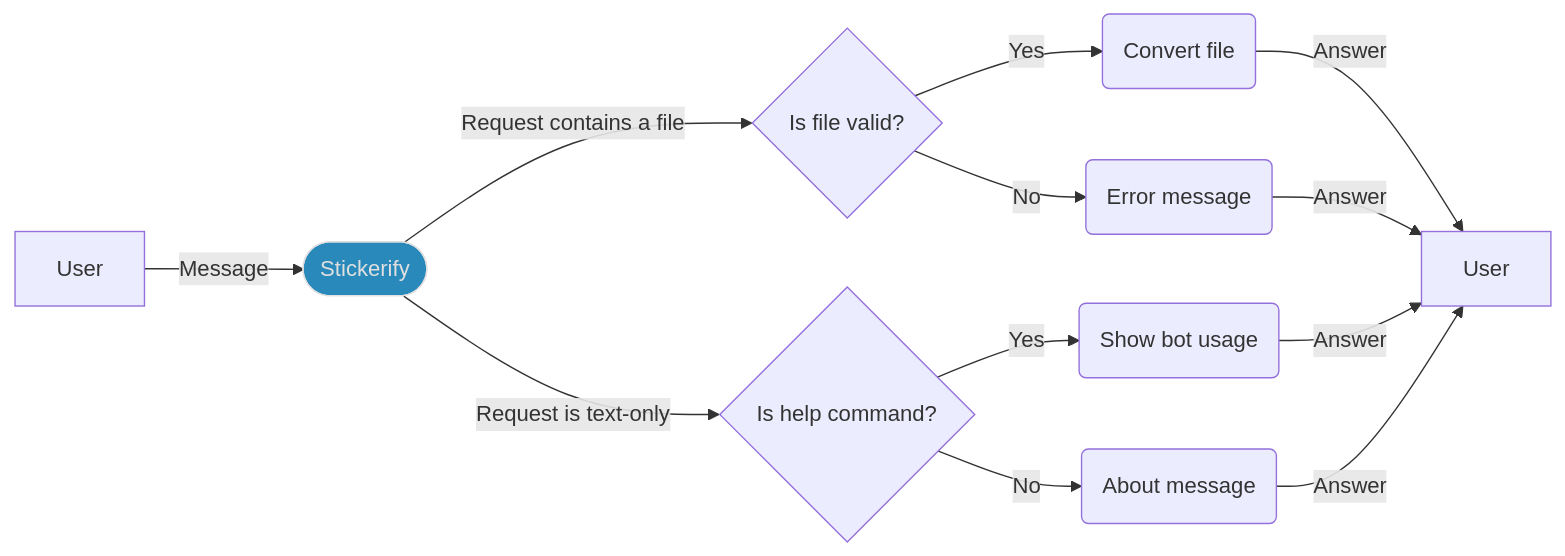
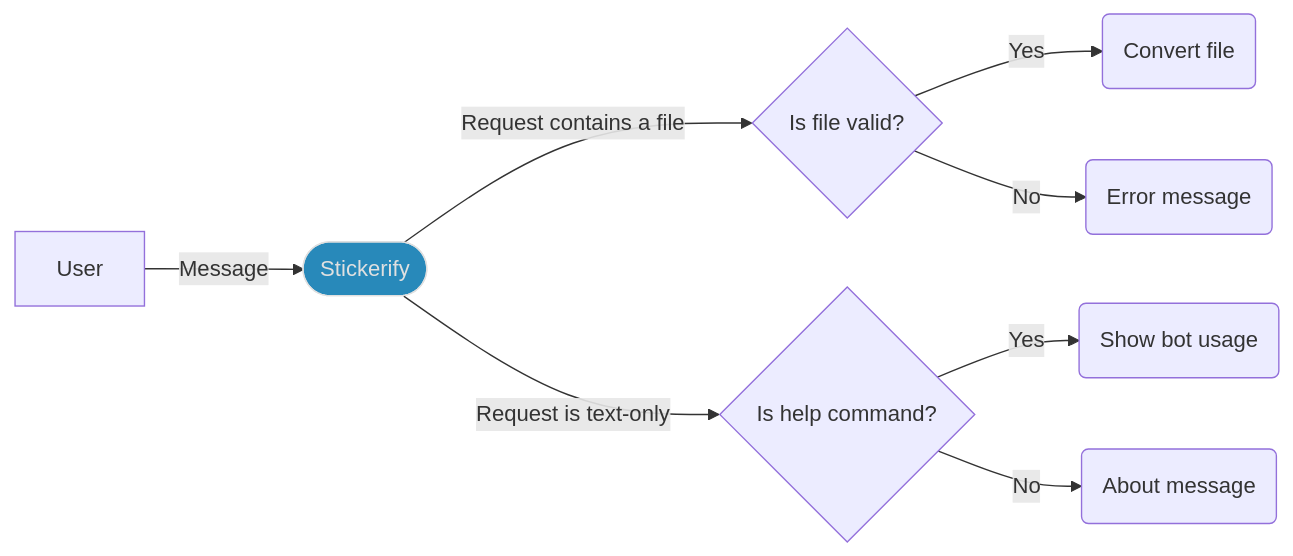
The diagram in README.md (Stickerifier/Stickerify), drawn with Mermaid before and after one commit.

Commit message:
removed final step from flowchart

````diff
--- a/README.md
+++ b/README.md
@@ -27,12 +27,12 @@
 ```mermaid
     flowchart LR
         A[User] -->|Message| B([Stickerify])
         B -->|Request contains a file| C{Is file valid?}
         click B "https://t.me/StickerifyImageBot" _blank
         style B fill:#2889ba,stroke:#e0e0e0,color:#e0e0e0
-        C -->|Yes| D(Convert file) -->|Answer| J[User]
-        C -->|No| E(Error message) -->|Answer| J[User]
+        C -->|Yes| D(Convert file)
+        C -->|No| E(Error message)
         B -->|Request is text-only| F{Is help command?}
-        F -->|Yes| G(Show bot usage) -->|Answer| J[User]
-        F -->|No| H(About message) -->|Answer| J[User]
+        F -->|Yes| G(Show bot usage)
+        F -->|No| H(About message)
 ```
````
